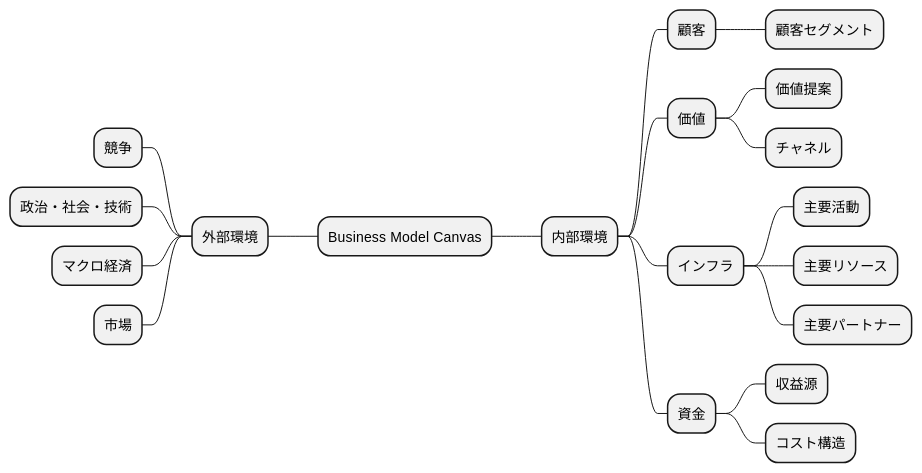
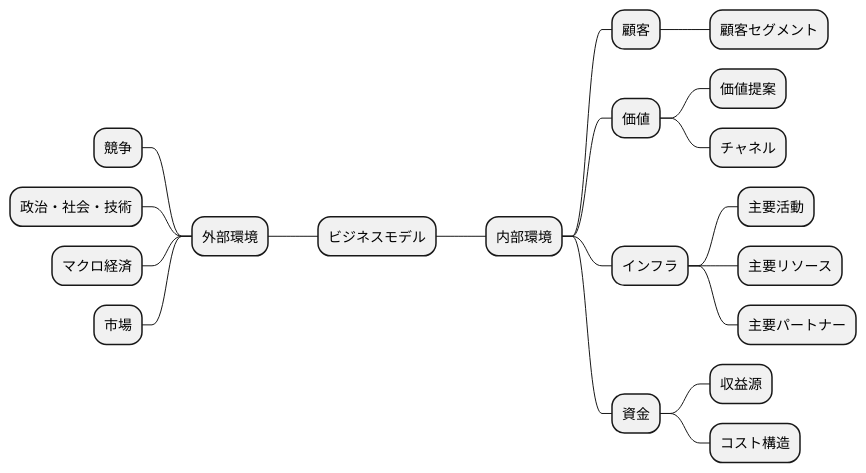
The second of 19 diagrams in lib/assets/docs/template/企業分析.md (k2works/claude-code-booster), drawn with PlantUML before and after one commit. The commit also changed other lines of this file and 1 other file, not shown here.

````diff
--- a/lib/assets/docs/template/企業分析.md
+++ b/lib/assets/docs/template/企業分析.md
@@ -28,23 +28,23 @@
 ```plantuml
 @startmindmap
-* Business Model Canvas
+* ビジネスモデル
 -- 外部環境
 --- 競争
 --- 政治・社会・技術
 --- マクロ経済
 --- 市場
 ** 内部環境
 *** 顧客
 **** 顧客セグメント
 *** 価値
 **** 価値提案
 **** チャネル
 *** インフラ
 **** 主要活動
 **** 主要リソース
 **** 主要パートナー
 *** 資金
 **** 収益源
 **** コスト構造
 @endmindmap
 ```
````
